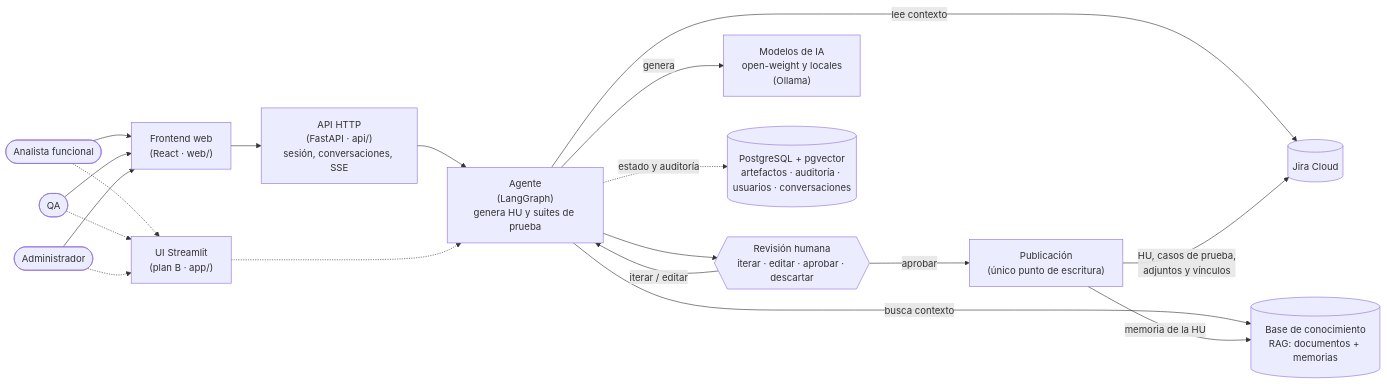
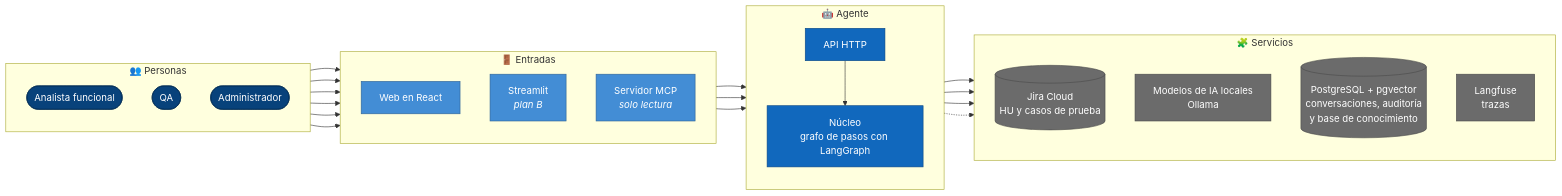
One commit to maujimenez4/agente-af-qa changed the first of 3 diagrams in docs/arquitectura.md. Above: the diagram before and after it, drawn with Mermaid. The commit also changed other lines of this file and 3 other files, not shown here.

Commit message:
Docs: diagramas de arquitectura rehechos (vista para explicar y C4 al día), revisión de la presentación y PA-115…PA-117

````diff
--- a/docs/arquitectura.md
+++ b/docs/arquitectura.md
@@ -5,31 +11,46 @@
 ```mermaid
 flowchart LR
-    af(["Analista funcional"])
-    qa(["QA"])
-    admin(["Administrador"])
+    subgraph P["👥 Personas"]
+        direction TB
+        af(["Analista funcional"])
+        qa(["QA"])
+        admin(["Administrador"])
+    end
 
-    web["Frontend web<br/>(React · web/)"]
-    st["UI Streamlit<br/>(plan B · app/)"]
-    api["API HTTP<br/>(FastAPI · api/)<br/>sesión, conversaciones, SSE"]
-    agent["Agente<br/>(LangGraph)<br/>genera HU y suites de prueba"]
-    review{{"Revisión humana<br/>iterar · editar · aprobar · descartar"}}
-    rag[("Base de conocimiento<br/>RAG: documentos + memorias")]
-    llm["Modelos de IA<br/>open-weight y locales<br/>(Ollama)"]
-    jira[("Jira Cloud")]
-    db[("PostgreSQL + pgvector<br/>artefactos · auditoría · usuarios · conversaciones")]
+    subgraph E["🚪 Entradas"]
+        direction TB
+        web["Web en React"]
+        st["Streamlit<br/><i>plan B</i>"]
+        mcp["Servidor MCP<br/><i>solo lectura</i>"]
+    end
 
-    af & qa & admin --> web
-    af & qa & admin -.-> st
-    web --> api
-    api --> agent
-    st -.-> agent
-    agent -- "lee contexto" --> jira
-    agent -- "busca contexto" --> rag
-    agent -- "genera" --> llm
-    agent --> review
-    review -- "iterar / editar" --> agent
-    review -- "aprobar" --> publish["Publicación<br/>(único punto de escritura)"]
-    publish -- "HU, casos de prueba,<br/>adjuntos y vínculos" --> jira
-    publish -- "memoria de la HU" --> rag
-    agent -. "estado y auditoría" .-> db
+    subgraph A["🤖 Agente"]
+        direction TB
+        api["API HTTP"]
+        core["Núcleo<br/>grafo de pasos con LangGraph"]
+    end
+
+    subgraph S["🧩 Servicios"]
+        direction TB
+        jira[("Jira Cloud<br/>HU y casos de prueba")]
+        llm["Modelos de IA locales<br/>Ollama"]
+        db[("PostgreSQL + pgvector<br/>conversaciones, auditoría<br/>y base de conocimiento")]
+        lf["Langfuse<br/>trazas"]
+    end
+
+    af & qa & admin --> web & st
+    web --> api --> core
+    st --> core
+    mcp --> core
+    core --> jira & llm & db
+    core -.-> lf
+
+    classDef persona fill:#08427b,stroke:#052e56,color:#fff
+    classDef entrada fill:#438dd5,stroke:#2e6295,color:#fff
+    classDef agente fill:#1168bd,stroke:#0b4884,color:#fff
+    classDef servicio fill:#6b6b6b,stroke:#4a4a4a,color:#fff
+    class af,qa,admin persona
+    class web,st,mcp entrada
+    class api,core agente
+    class jira,llm,db,lf servicio
 ```
````
